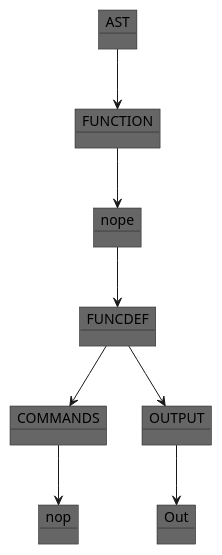
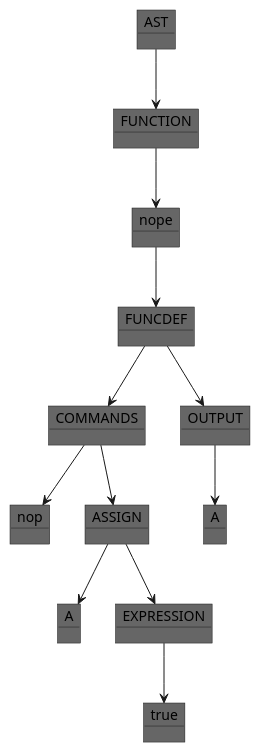
One commit to CodyAdam/Whilec changed the diagram in ASTPrinted/ASTPrinted.puml. Above: the diagram before and after it, drawn with PlantUML. The commit also changed 2 other files, not shown here.

```diff
--- a/ASTPrinted/ASTPrinted.puml
+++ b/ASTPrinted/ASTPrinted.puml
@@ -1,17 +1,25 @@
 @startuml
 object "AST" as 0 #666
 object "FUNCTION" as 1 #666
 0 -down-> 1
 object "nope" as 2 #666
 1 -down-> 2
 object "FUNCDEF" as 3 #666
 2 -down-> 3
 object "COMMANDS" as 4 #666
 3 -down-> 4
 object "nop" as 5 #666
 4 -down-> 5
-object "OUTPUT" as 6 #666
-3 -down-> 6
-object "Out" as 7 #666
+object "ASSIGN" as 6 #666
+4 -down-> 6
+object "A" as 7 #666
 6 -down-> 7
+object "EXPRESSION" as 8 #666
+6 -down-> 8
+object "true" as 9 #666
+8 -down-> 9
+object "OUTPUT" as 10 #666
+3 -down-> 10
+object "A" as 11 #666
+10 -down-> 11
 @enduml
```
